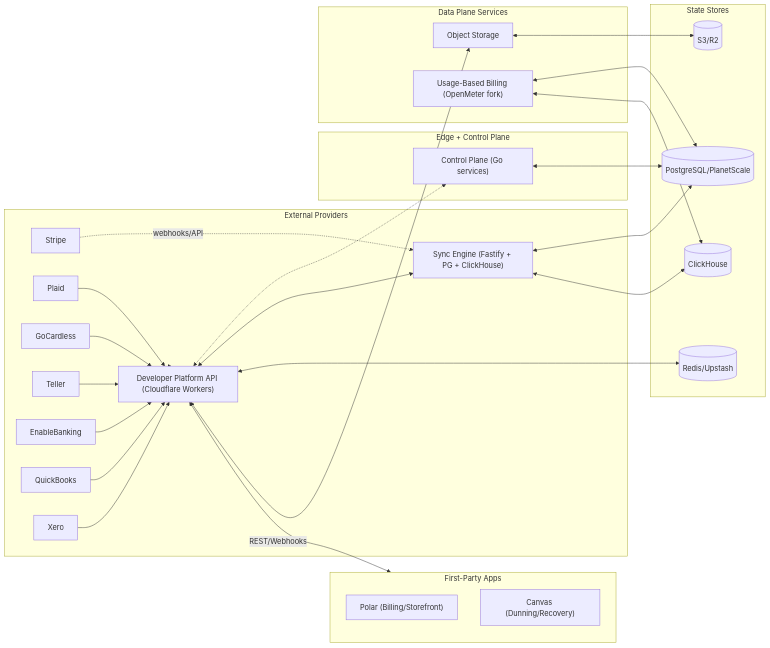
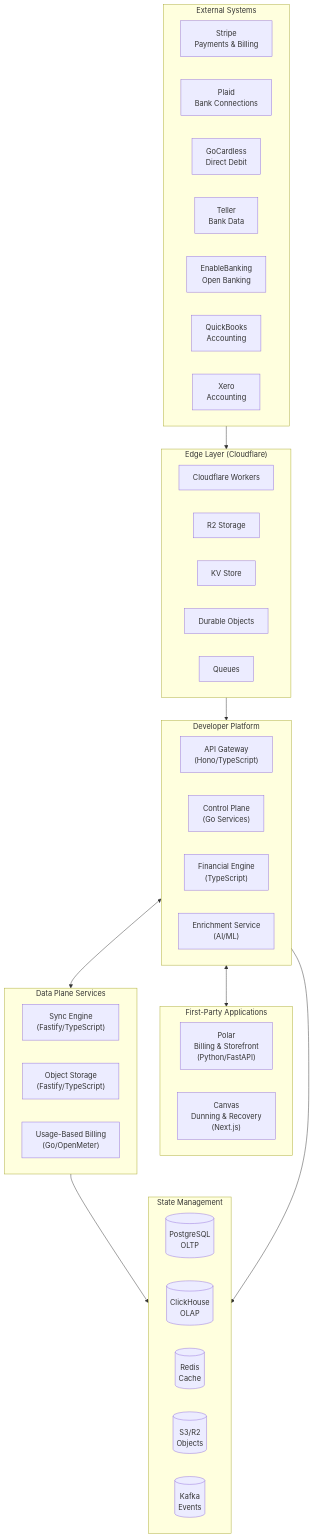
Before and after one commit to Oppulence-Engineering/.github: the second of 22 diagrams in profile/ARCHITECTURE.md, drawn with Mermaid. The commit also changed other lines of this file, not shown here.

First line of the commit message:
Expand ARCHITECTURE.md with comprehensive RFC documentation

````diff
--- a/profile/ARCHITECTURE.md
+++ b/profile/ARCHITECTURE.md
@@ -47,48 +91,53 @@
 ```mermaid
-flowchart LR
-  subgraph Providers [External Providers]
-    Stripe -. webhooks/API .-> Sync
-    Plaid --> DevAPI
-    GoCardless --> DevAPI
-    Teller --> DevAPI
-    EnableBanking --> DevAPI
-    QuickBooks --> DevAPI
-    Xero --> DevAPI
-  end
+flowchart TB
+    subgraph External["External Systems"]
+        Stripe["Stripe<br/>Payments & Billing"]
+        Plaid["Plaid<br/>Bank Connections"]
+        GoCardless["GoCardless<br/>Direct Debit"]
+        Teller["Teller<br/>Bank Data"]
+        EnableBanking["EnableBanking<br/>Open Banking"]
+        QuickBooks["QuickBooks<br/>Accounting"]
+        Xero["Xero<br/>Accounting"]
+    end
 
-  subgraph Edge [Edge + Control Plane]
-    DevAPI["Developer Platform API (Cloudflare Workers)"]
-    CP["Control Plane (Go services)"]
-  end
+    subgraph Edge["Edge Layer (Cloudflare)"]
+        CF["Cloudflare Workers"]
+        R2["R2 Storage"]
+        KV["KV Store"]
+        DO["Durable Objects"]
+        Queue["Queues"]
+    end
 
-  subgraph Apps [First-Party Apps]
-    Polar["Polar (Billing/Storefront)"]
-    Canvas["Canvas (Dunning/Recovery)"]
-  end
+    subgraph Platform["Developer Platform"]
+        API["API Gateway<br/>(Hono/TypeScript)"]
+        CP["Control Plane<br/>(Go Services)"]
+        FE["Financial Engine<br/>(TypeScript)"]
+        Enrich["Enrichment Service<br/>(AI/ML)"]
+    end
 
-  subgraph DataPlane [Data Plane Services]
-    Sync["Sync Engine (Fastify + PG + ClickHouse)"]
-    Storage["Object Storage"]
-    UBB["Usage-Based Billing (OpenMeter fork)"]
-  end
+    subgraph Apps["First-Party Applications"]
+        Polar["Polar<br/>Billing & Storefront<br/>(Python/FastAPI)"]
+        Canvas["Canvas<br/>Dunning & Recovery<br/>(Next.js)"]
+    end
 
-  subgraph State [State Stores]
-    CH[(ClickHouse)]
-    PG[(PostgreSQL/PlanetScale)]
-    Redis[(Redis/Upstash)]
-    S3[(S3/R2)]
-  end
+    subgraph DataPlane["Data Plane Services"]
+        Sync["Sync Engine<br/>(Fastify/TypeScript)"]
+        Storage["Object Storage<br/>(Fastify/TypeScript)"]
+        UBB["Usage-Based Billing<br/>(Go/OpenMeter)"]
+    end
 
-  Providers --> DevAPI
-  DevAPI <-->|REST/Webhooks| Apps
-  DevAPI <-.-> CP
-  DevAPI <--> Sync
-  Sync <--> PG
-  Sync <--> CH
-  CP <--> PG
-  DevAPI <--> Redis
-  DevAPI <--> Storage
-  UBB <--> PG
-  UBB <--> CH
-  Storage <--> S3
+    subgraph State["State Management"]
+        PG[("PostgreSQL<br/>OLTP")]
+        CH[("ClickHouse<br/>OLAP")]
+        Redis[("Redis<br/>Cache")]
+        S3[("S3/R2<br/>Objects")]
+        Kafka[("Kafka<br/>Events")]
+    end
+
+    External --> Edge
+    Edge --> Platform
+    Platform <--> Apps
+    Platform <--> DataPlane
+    DataPlane --> State
+    Platform --> State
 ```
````
